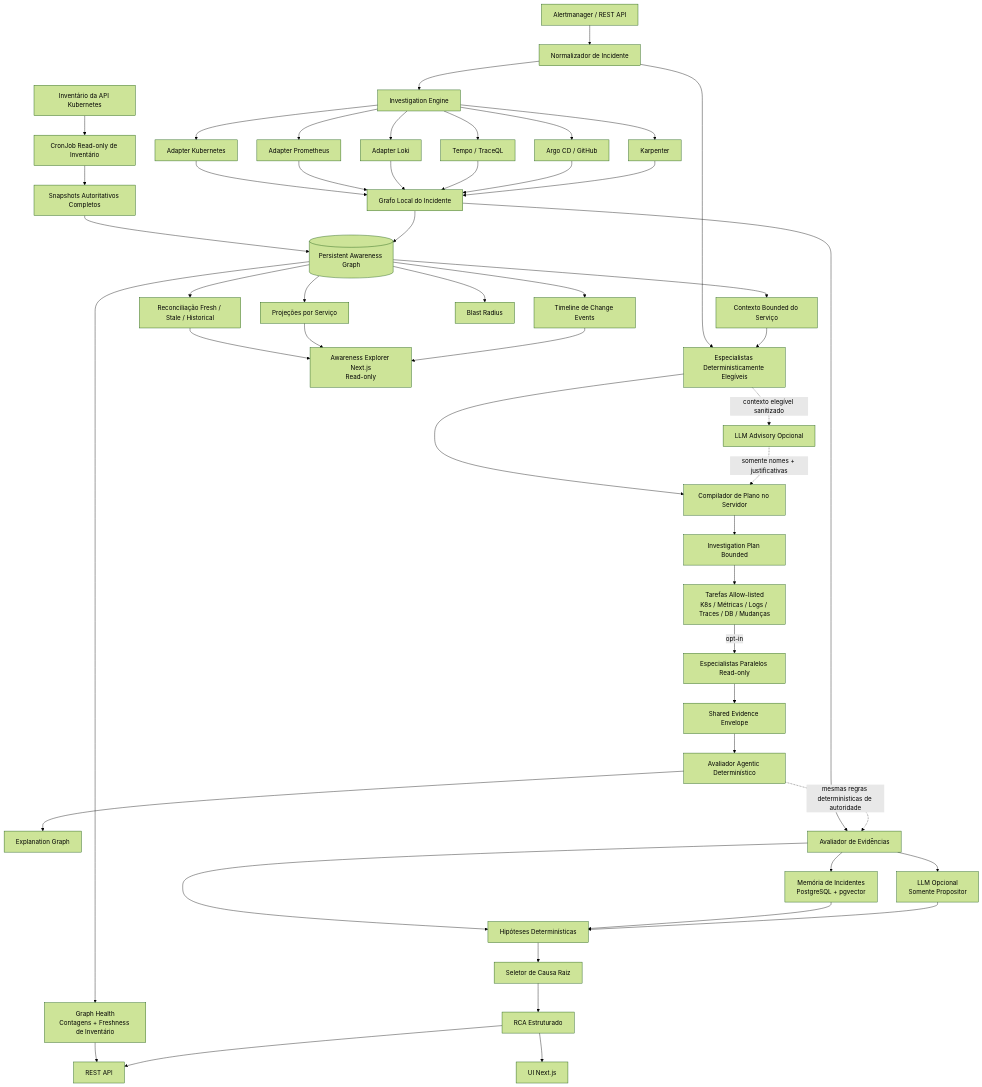
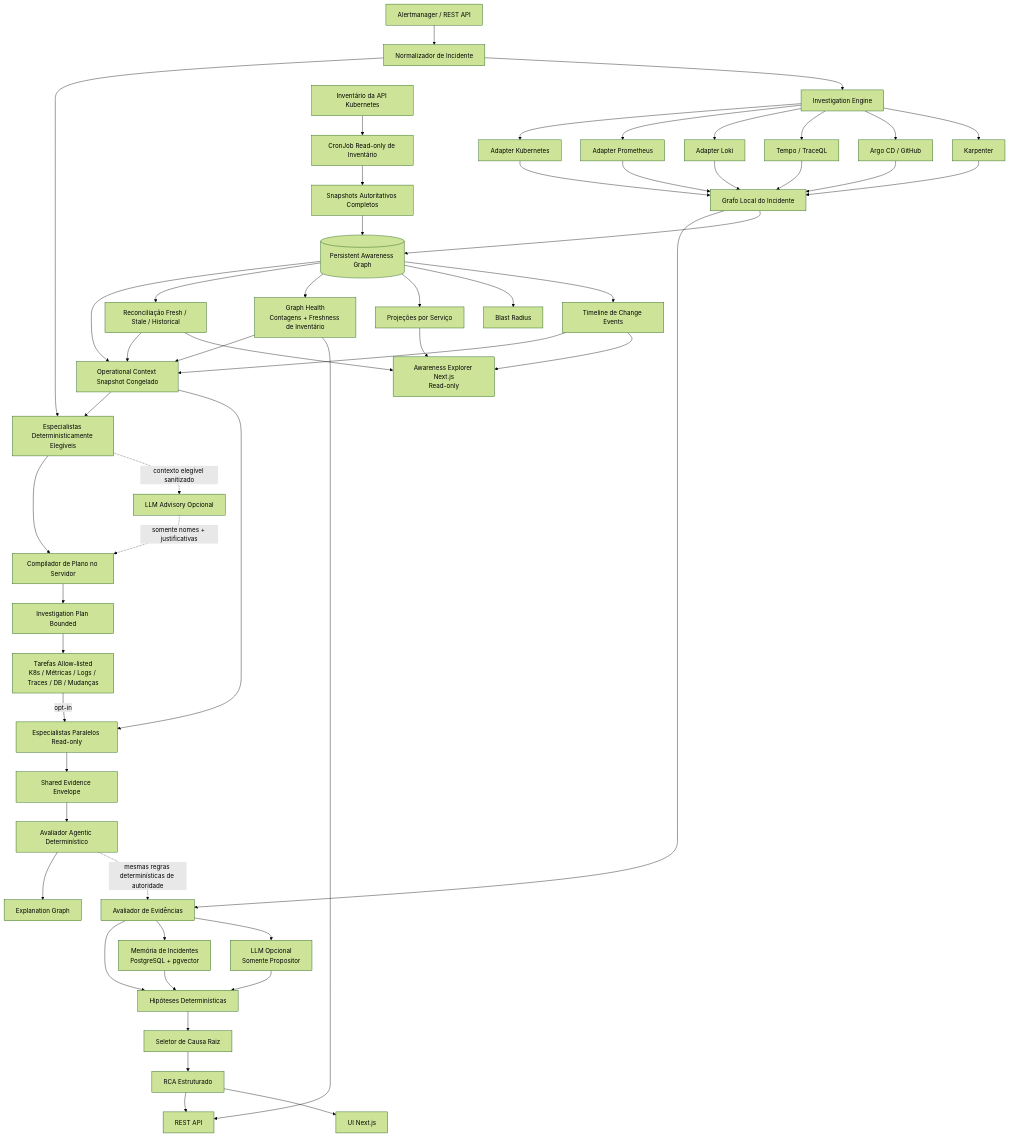
One commit to marcocristofolini/ai-sre-rca changed the first of 26 diagrams in docs/architecture.pt-BR.md. Above: the diagram before and after it, drawn with Mermaid (forest theme). The commit also changed other lines of this file, not shown here.

Commit message:
docs: add agentic operational context architecture pt-br

````diff
--- a/docs/architecture.pt-BR.md
+++ b/docs/architecture.pt-BR.md
@@ -7,58 +7,62 @@
 ```mermaid
 flowchart TD
     A[Alertmanager / REST API] --> N[Normalizador de Incidente]
     N --> EL[Especialistas Deterministicamente Elegíveis]
     N --> I[Investigation Engine]
 
     KINV[Inventário da API Kubernetes] --> KCRON[CronJob Read-only de Inventário]
     KCRON --> KSNAP[Snapshots Autoritativos Completos]
     KSNAP --> PAG[(Persistent Awareness Graph)]
-    PAG --> CTX[Contexto Bounded do Serviço]
-    CTX --> EL
+    PAG --> OCS[Operational Context Snapshot Congelado]
+    OCS --> EL
     EL --> COMP[Compilador de Plano no Servidor]
     EL -. contexto elegível sanitizado .-> MPL[LLM Advisory Opcional]
     MPL -. somente nomes + justificativas .-> COMP
     COMP --> PLAN[Investigation Plan Bounded]
     PLAN --> PT[Tarefas Allow-listed<br/>K8s / Métricas / Logs / Traces / DB / Mudanças]
     PT -->|opt-in| ORCH[Especialistas Paralelos Read-only]
+    OCS --> ORCH
     ORCH --> SE[Shared Evidence Envelope]
     SE --> AE[Avaliador Agentic Determinístico]
     AE --> XG[Explanation Graph]
 
     I --> K[Adapter Kubernetes]
     I --> P[Adapter Prometheus]
     I --> L[Adapter Loki]
     I --> T[Tempo / TraceQL]
     I --> AR[Argo CD / GitHub]
     I --> KA[Karpenter]
 
     K --> LG[Grafo Local do Incidente]
     P --> LG
     L --> LG
     T --> LG
     AR --> LG
     KA --> LG
 
     LG --> EV[Avaliador de Evidências]
     AE -. mesmas regras determinísticas de autoridade .-> EV
     LG --> PAG
     PAG --> REC[Reconciliação Fresh / Stale / Historical]
     PAG --> GH[Graph Health<br/>Contagens + Freshness de Inventário]
     PAG --> SV[Projeções por Serviço]
     PAG --> BR[Blast Radius]
     PAG --> CE[Timeline de Change Events]
+    REC --> OCS
+    GH --> OCS
+    CE --> OCS
     GH --> API
     REC --> AUI[Awareness Explorer Next.js<br/>Read-only]
     SV --> AUI
     CE --> AUI
 
     EV --> H[Hipóteses Determinísticas]
     EV --> MEM[Memória de Incidentes<br/>PostgreSQL + pgvector]
     EV --> LLM[LLM Opcional<br/>Somente Propositor]
     MEM --> H
     LLM --> H
     H --> RC[Seletor de Causa Raiz]
     RC --> RCA[RCA Estruturado]
     RCA --> API[REST API]
     RCA --> UI[UI Next.js]
 ```
````
